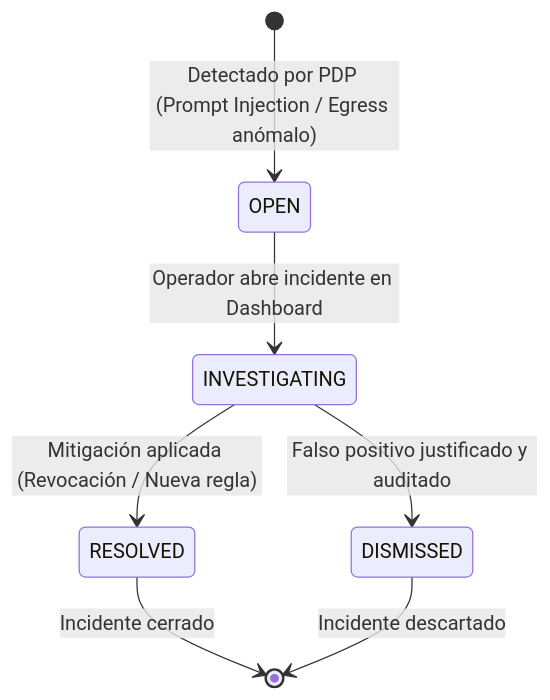
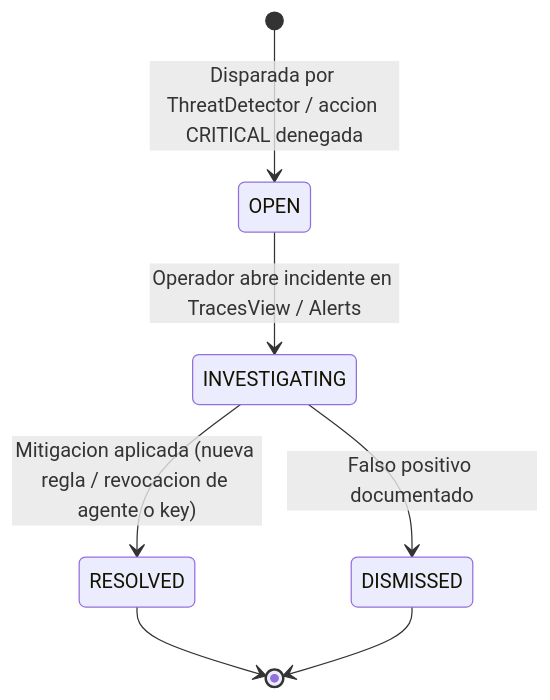
The third of 3 diagrams in agentguard_estados_ciclo_vida.md (jmbatiatto/AgentGuard), drawn with Mermaid before and after one commit. The commit also changed other lines of this file and 11 other files, not shown here.

````diff
--- a/agentguard_estados_ciclo_vida.md
+++ b/agentguard_estados_ciclo_vida.md
@@ -63,12 +64,11 @@
 ```mermaid
 stateDiagram-v2
-    [*] --> OPEN: Detectado por PDP (Prompt Injection / Egress anómalo)
-    
-    OPEN --> INVESTIGATING: Operador abre incidente en Dashboard
-    
-    INVESTIGATING --> RESOLVED: Mitigación aplicada (Revocación / Nueva regla)
-    INVESTIGATING --> DISMISSED: Falso positivo justificado y auditado
-    
-    RESOLVED --> [*]: Incidente cerrado
-    DISMISSED --> [*]: Incidente descartado
+    [*] --> OPEN: Disparada por ThreatDetector / accion CRITICAL denegada
+
+    OPEN --> INVESTIGATING: Operador abre incidente en TracesView / Alerts
+    INVESTIGATING --> RESOLVED: Mitigacion aplicada (nueva regla / revocacion de agente o key)
+    INVESTIGATING --> DISMISSED: Falso positivo documentado
+
+    RESOLVED --> [*]
+    DISMISSED --> [*]
 ```
````
